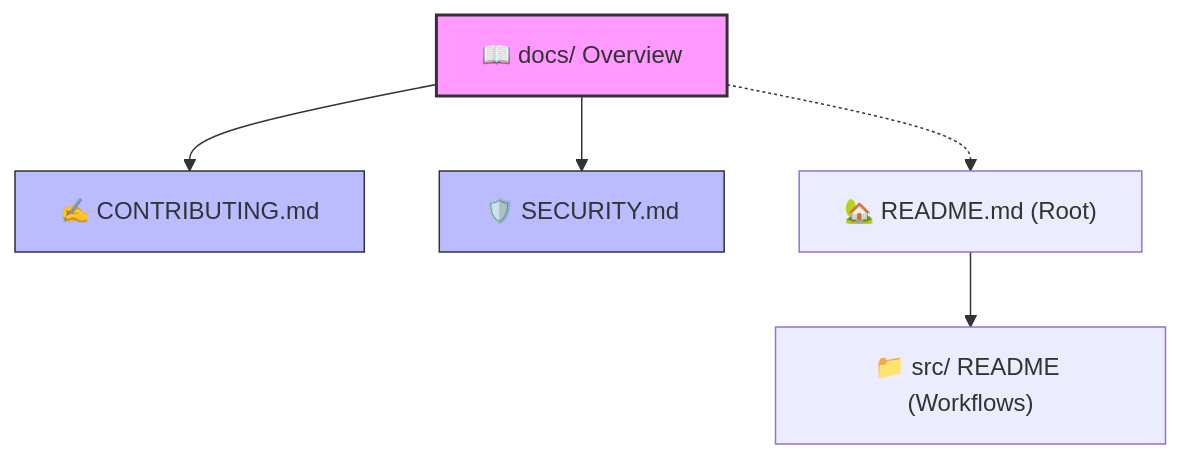
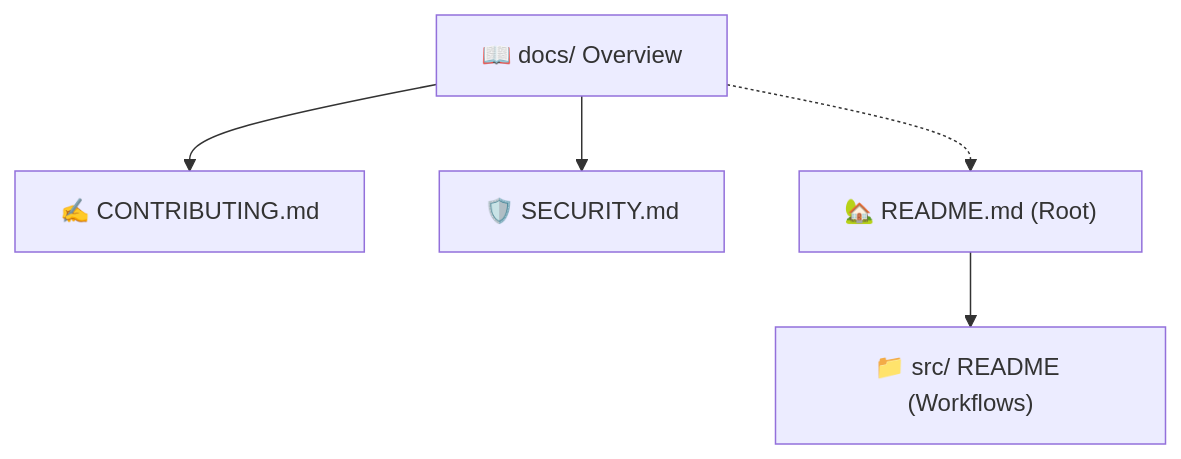
Before and after one commit to beydah/N8N-AI-Agent: the diagram in docs/README.md, drawn with Mermaid. The commit also changed other lines of this file and 15 other files, not shown here.

````diff
--- a/docs/README.md
+++ b/docs/README.md
@@ -19,11 +19,7 @@
 ```mermaid
 graph TD
     Docs["📖 docs/ Overview"] --> Contributing["✍️ CONTRIBUTING.md"]
     Docs --> Security["🛡️ SECURITY.md"]
     Docs -.-> RootReadme["🏡 README.md (Root)"]
     RootReadme --> SourceReadme["📁 src/ README (Workflows)"]
-
-    style Docs fill:#f9f,stroke:#333,stroke-width:2px
-    style Contributing fill:#bbf,stroke:#333,stroke-width:1px
-    style Security fill:#bbf,stroke:#333,stroke-width:1px
 ```
````
